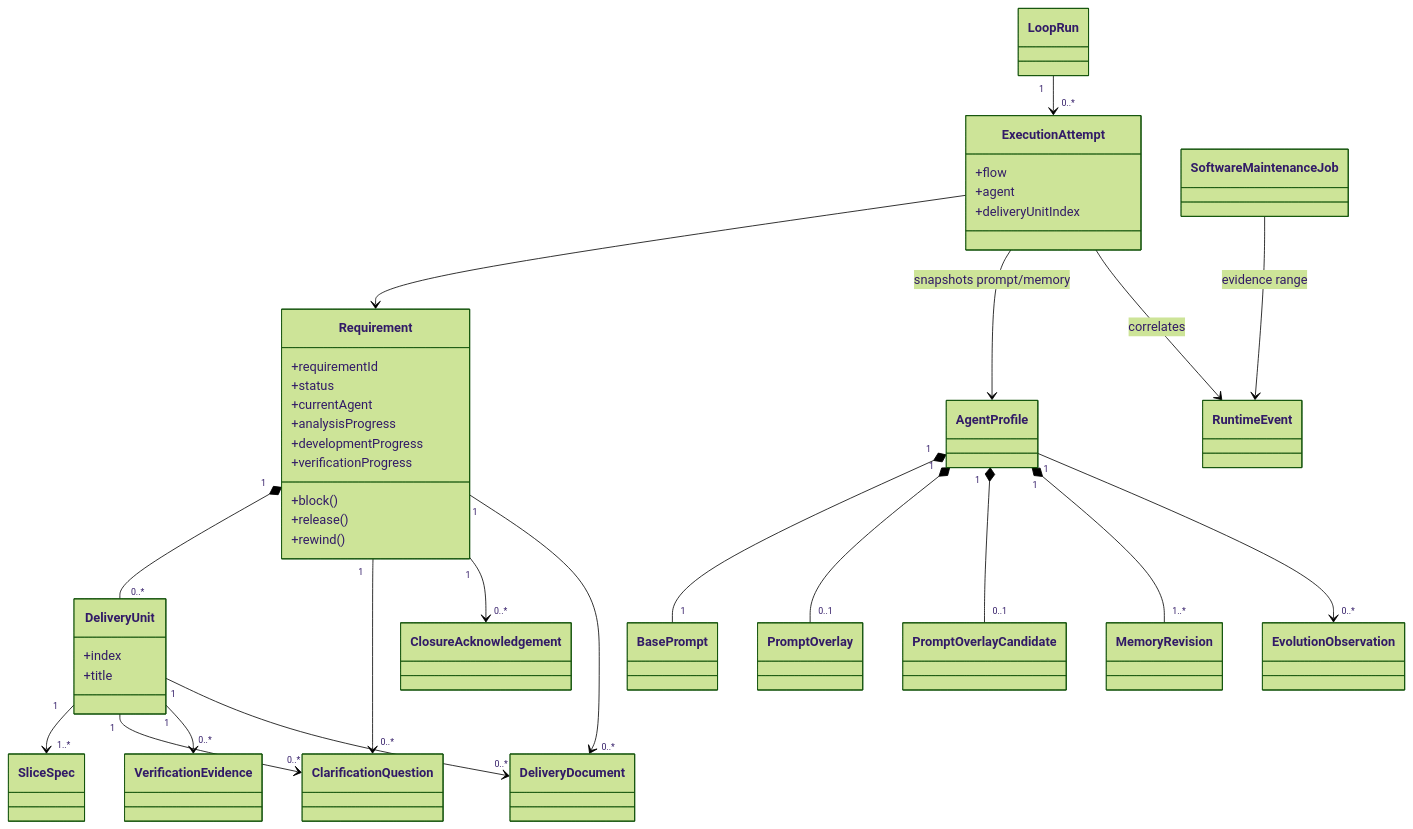
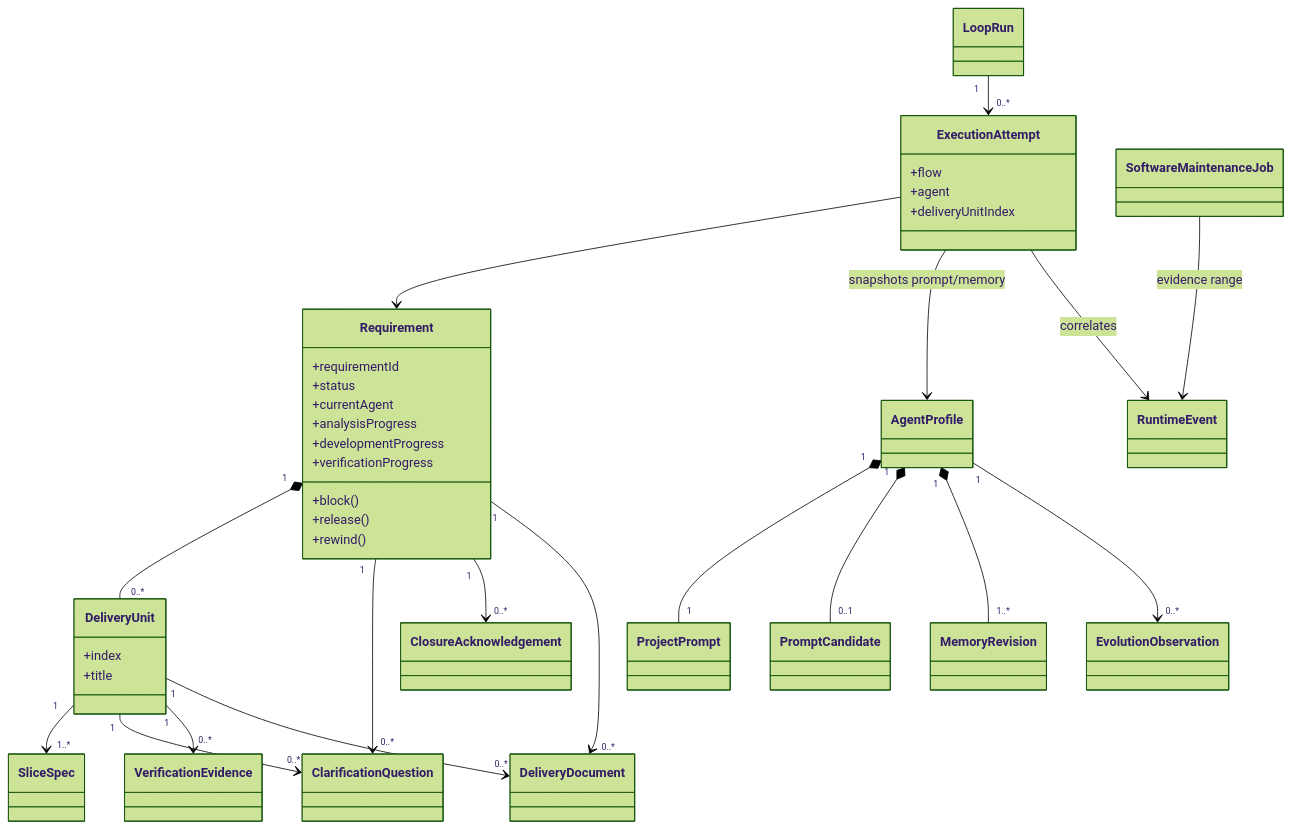
One commit to InspireChina/ai4se-loop-workflow changed the diagram in docs/v1-ddd-boundaries.md. Above: the diagram before and after it, drawn with Mermaid (forest theme). The commit also changed other lines of this file and 15 other files, not shown here.

Commit message:
简化为按项目管理完整 Agent Prompt

````diff
--- a/docs/v1-ddd-boundaries.md
+++ b/docs/v1-ddd-boundaries.md
@@ -138,56 +138,54 @@
 ```mermaid
 classDiagram
   class Requirement {
     +requirementId
     +status
     +currentAgent
     +analysisProgress
     +developmentProgress
     +verificationProgress
     +block()
     +release()
     +rewind()
   }
   class DeliveryUnit {
     +index
     +title
   }
   class SliceSpec
   class ClarificationQuestion
   class VerificationEvidence
   class ClosureAcknowledgement
   class DeliveryDocument
   class LoopRun
   class ExecutionAttempt {
     +flow
     +agent
     +deliveryUnitIndex
   }
   class AgentProfile
-  class BasePrompt
-  class PromptOverlay
-  class PromptOverlayCandidate
+  class ProjectPrompt
+  class PromptCandidate
   class MemoryRevision
   class EvolutionObservation
   class RuntimeEvent
   class SoftwareMaintenanceJob
 
   Requirement "1" *-- "0..*" DeliveryUnit
   Requirement "1" --> "0..*" ClarificationQuestion
   Requirement "1" --> "0..*" ClosureAcknowledgement
   Requirement "1" --> "0..*" DeliveryDocument
   DeliveryUnit "1" --> "1..*" SliceSpec
   DeliveryUnit "1" --> "0..*" ClarificationQuestion
   DeliveryUnit "1" --> "0..*" VerificationEvidence
   DeliveryUnit "1" --> "0..*" DeliveryDocument
   LoopRun "1" --> "0..*" ExecutionAttempt
   ExecutionAttempt --> Requirement
-  AgentProfile "1" *-- "1" BasePrompt
-  AgentProfile "1" *-- "0..1" PromptOverlay
-  AgentProfile "1" *-- "0..1" PromptOverlayCandidate
+  AgentProfile "1" *-- "1" ProjectPrompt
+  AgentProfile "1" *-- "0..1" PromptCandidate
   AgentProfile "1" *-- "1..*" MemoryRevision
   AgentProfile "1" --> "0..*" EvolutionObservation
   ExecutionAttempt --> AgentProfile : snapshots prompt/memory
   ExecutionAttempt --> RuntimeEvent : correlates
   SoftwareMaintenanceJob --> RuntimeEvent : evidence range
 ```
````
